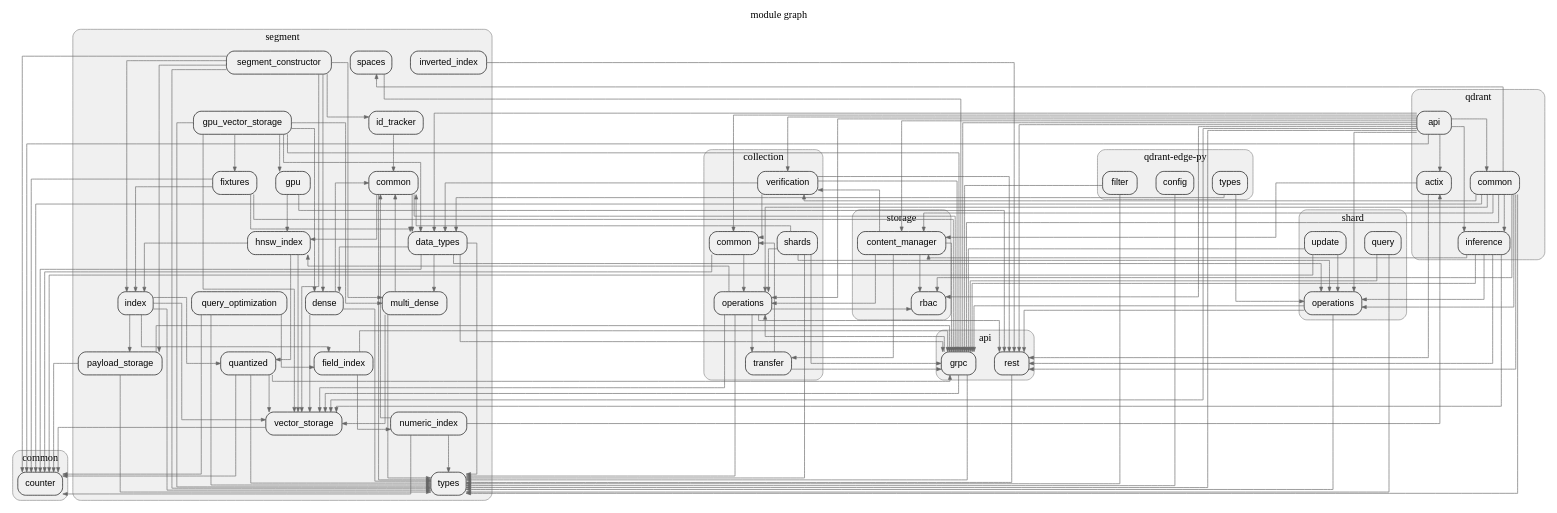
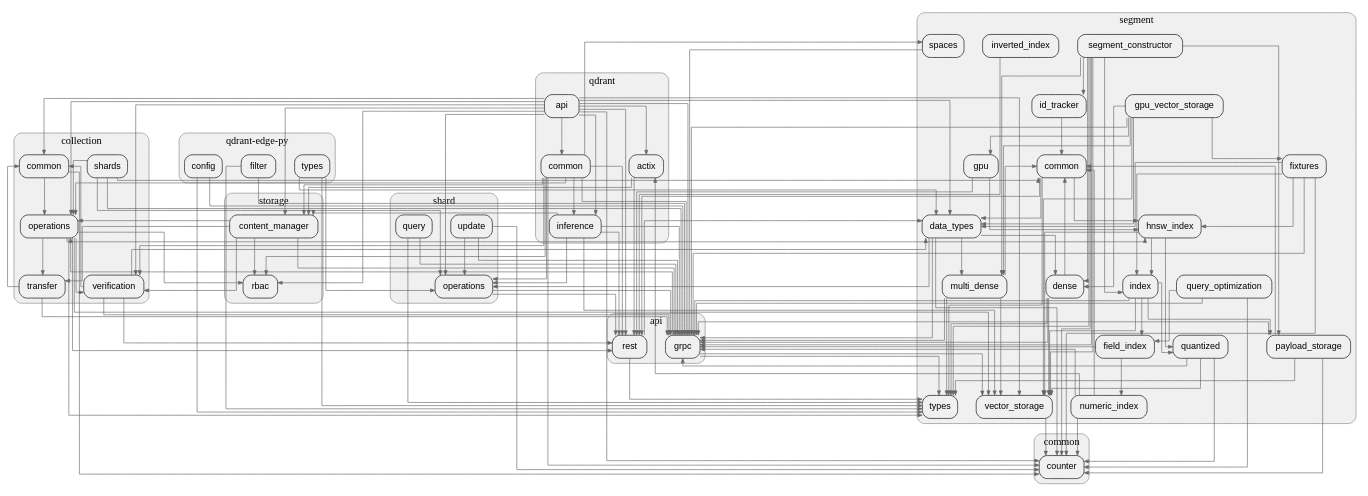
One commit to allenanswerzq/llmcc changed the diagram in sample/qdrant-pagerank/depth_2_module.dot. Above: the diagram before and after it, drawn with Graphviz. The commit also changed 242 other files, not shown here.

```diff
--- a/sample/qdrant-pagerank/depth_2_module.dot
+++ b/sample/qdrant-pagerank/depth_2_module.dot
@@ -9,7 +9,6 @@
   node [shape=box, style="rounded,filled", fillcolor="#f0f0f0", fontname="Helvetica"];
   edge [color="#666666", arrowsize=0.7];
 
-  label="module graph";
   labelloc=t;
   fontsize=16;
   fontname="Helvetica Bold";
@@ -130,11 +129,13 @@
   mod_api_grpc -> mod_collection_operations;
   mod_api_grpc -> mod_segment_types;
   mod_api_grpc -> mod_segment_vector_storage;
+  mod_api_rest -> mod_segment_data_types;
   mod_api_rest -> mod_segment_types;
   mod_collection_common -> mod_collection_operations;
   mod_collection_common -> mod_common_counter;
   mod_collection_operations -> mod_api_rest;
   mod_collection_operations -> mod_collection_transfer;
+  mod_collection_operations -> mod_collection_verification;
   mod_collection_operations -> mod_segment_hnsw_index;
   mod_collection_operations -> mod_segment_types;
   mod_collection_operations -> mod_segment_vector_storage;
@@ -142,7 +143,6 @@
   mod_collection_shards -> mod_api_grpc;
   mod_collection_shards -> mod_collection_operations;
   mod_collection_shards -> mod_segment_common;
-  mod_collection_shards -> mod_segment_types;
   mod_collection_shards -> mod_shard_operations;
   mod_collection_transfer -> mod_api_grpc;
   mod_collection_transfer -> mod_collection_common;
@@ -162,7 +162,6 @@
   mod_qdrant_api -> mod_qdrant_common;
   mod_qdrant_api -> mod_qdrant_inference;
   mod_qdrant_api -> mod_segment_data_types;
-  mod_qdrant_api -> mod_segment_types;
   mod_qdrant_api -> mod_segment_vector_storage;
   mod_qdrant_api -> mod_shard_operations;
   mod_qdrant_api -> mod_storage_content_manager;
@@ -174,21 +173,22 @@
   mod_qdrant_common -> mod_common_counter;
   mod_qdrant_common -> mod_qdrant_inference;
   mod_qdrant_common -> mod_segment_spaces;
-  mod_qdrant_common -> mod_segment_types;
   mod_qdrant_common -> mod_shard_operations;
   mod_qdrant_common -> mod_storage_content_manager;
   mod_qdrant_common -> mod_storage_rbac;
+  mod_qdrant_edge_py_config -> mod_api_grpc;
   mod_qdrant_edge_py_config -> mod_segment_types;
   mod_qdrant_edge_py_filter -> mod_api_grpc;
   mod_qdrant_edge_py_filter -> mod_segment_types;
   mod_qdrant_edge_py_types -> mod_segment_data_types;
+  mod_qdrant_edge_py_types -> mod_segment_types;
   mod_qdrant_edge_py_types -> mod_shard_operations;
   mod_qdrant_inference -> mod_api_grpc;
   mod_qdrant_inference -> mod_api_rest;
   mod_qdrant_inference -> mod_segment_vector_storage;
   mod_qdrant_inference -> mod_shard_operations;
   mod_qdrant_inference -> mod_storage_content_manager;
-  mod_segment_common -> mod_api_grpc;
+  mod_segment_common -> mod_api_rest;
   mod_segment_common -> mod_segment_data_types;
   mod_segment_common -> mod_segment_hnsw_index;
   mod_segment_common -> mod_segment_types;
@@ -196,8 +196,8 @@
   mod_segment_data_types -> mod_common_counter;
   mod_segment_data_types -> mod_segment_dense;
   mod_segment_data_types -> mod_segment_multi_dense;
-  mod_segment_data_types -> mod_segment_types;
   mod_segment_data_types -> mod_shard_operations;
+  mod_segment_dense -> mod_api_grpc;
   mod_segment_dense -> mod_segment_common;
   mod_segment_dense -> mod_segment_types;
   mod_segment_dense -> mod_segment_vector_storage;
@@ -206,6 +206,7 @@
   mod_segment_fixtures -> mod_api_grpc;
   mod_segment_fixtures -> mod_common_counter;
   mod_segment_fixtures -> mod_segment_data_types;
+  mod_segment_fixtures -> mod_segment_hnsw_index;
   mod_segment_fixtures -> mod_segment_index;
   mod_segment_gpu -> mod_api_rest;
   mod_segment_gpu -> mod_segment_hnsw_index;
@@ -215,35 +216,36 @@
   mod_segment_gpu_vector_storage -> mod_segment_fixtures;
   mod_segment_gpu_vector_storage -> mod_segment_gpu;
   mod_segment_gpu_vector_storage -> mod_segment_multi_dense;
-  mod_segment_gpu_vector_storage -> mod_segment_types;
   mod_segment_gpu_vector_storage -> mod_segment_vector_storage;
   mod_segment_hnsw_index -> mod_segment_index;
   mod_segment_hnsw_index -> mod_segment_quantized;
   mod_segment_hnsw_index -> mod_segment_vector_storage;
   mod_segment_id_tracker -> mod_segment_common;
+  mod_segment_index -> mod_api_grpc;
   mod_segment_index -> mod_segment_field_index;
   mod_segment_index -> mod_segment_payload_storage;
   mod_segment_index -> mod_segment_quantized;
-  mod_segment_index -> mod_segment_types;
   mod_segment_index -> mod_segment_vector_storage;
   mod_segment_inverted_index -> mod_api_rest;
+  mod_segment_multi_dense -> mod_api_grpc;
   mod_segment_multi_dense -> mod_segment_common;
   mod_segment_multi_dense -> mod_segment_types;
   mod_segment_multi_dense -> mod_segment_vector_storage;
+  mod_segment_numeric_index -> mod_api_grpc;
   mod_segment_numeric_index -> mod_common_counter;
   mod_segment_numeric_index -> mod_qdrant_actix;
   mod_segment_numeric_index -> mod_segment_common;
-  mod_segment_numeric_index -> mod_segment_types;
   mod_segment_payload_storage -> mod_api_grpc;
   mod_segment_payload_storage -> mod_common_counter;
+  mod_segment_payload_storage -> mod_segment_common;
   mod_segment_payload_storage -> mod_segment_types;
   mod_segment_quantized -> mod_api_grpc;
   mod_segment_quantized -> mod_common_counter;
-  mod_segment_quantized -> mod_segment_types;
   mod_segment_quantized -> mod_segment_vector_storage;
+  mod_segment_query_optimization -> mod_api_grpc;
   mod_segment_query_optimization -> mod_common_counter;
   mod_segment_query_optimization -> mod_segment_field_index;
-  mod_segment_query_optimization -> mod_segment_types;
+  mod_segment_segment_constructor -> mod_api_grpc;
   mod_segment_segment_constructor -> mod_common_counter;
   mod_segment_segment_constructor -> mod_segment_dense;
   mod_segment_segment_constructor -> mod_segment_id_tracker;
@@ -256,7 +258,6 @@
   mod_segment_vector_storage -> mod_common_counter;
   mod_shard_operations -> mod_api_grpc;
   mod_shard_operations -> mod_api_rest;
-  mod_shard_operations -> mod_segment_types;
   mod_shard_query -> mod_api_grpc;
   mod_shard_query -> mod_segment_types;
   mod_shard_update -> mod_api_grpc;
```
